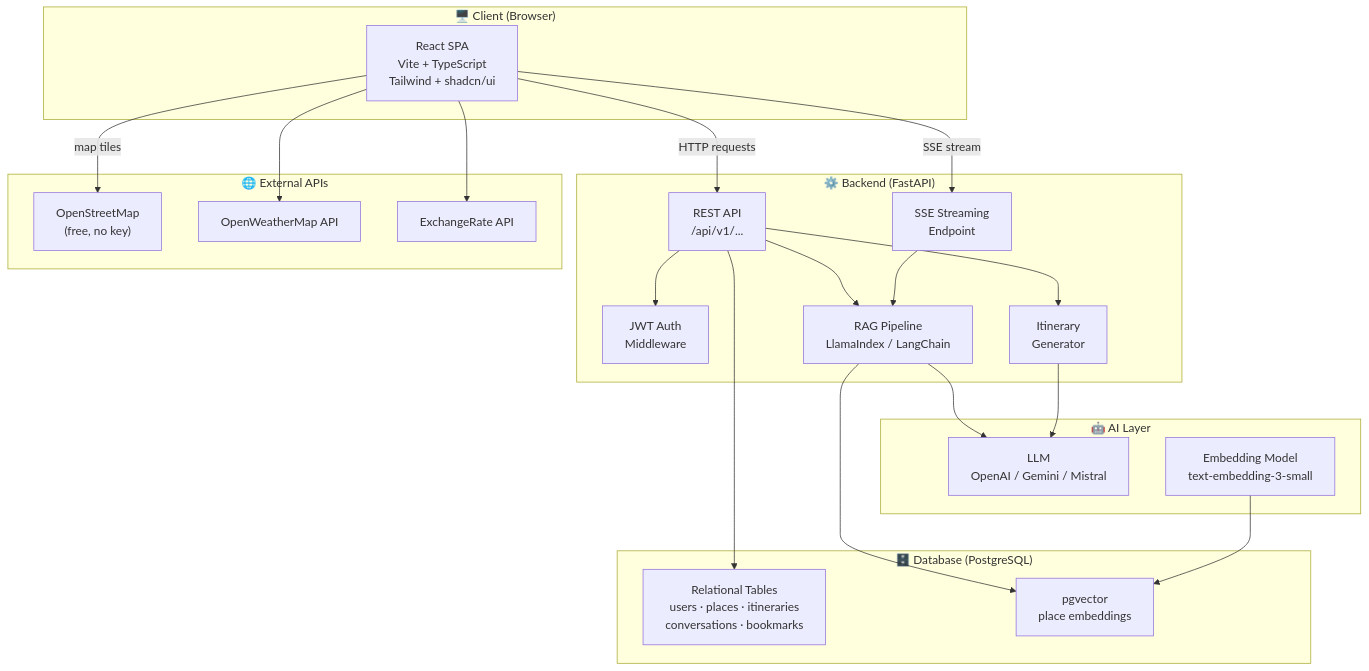
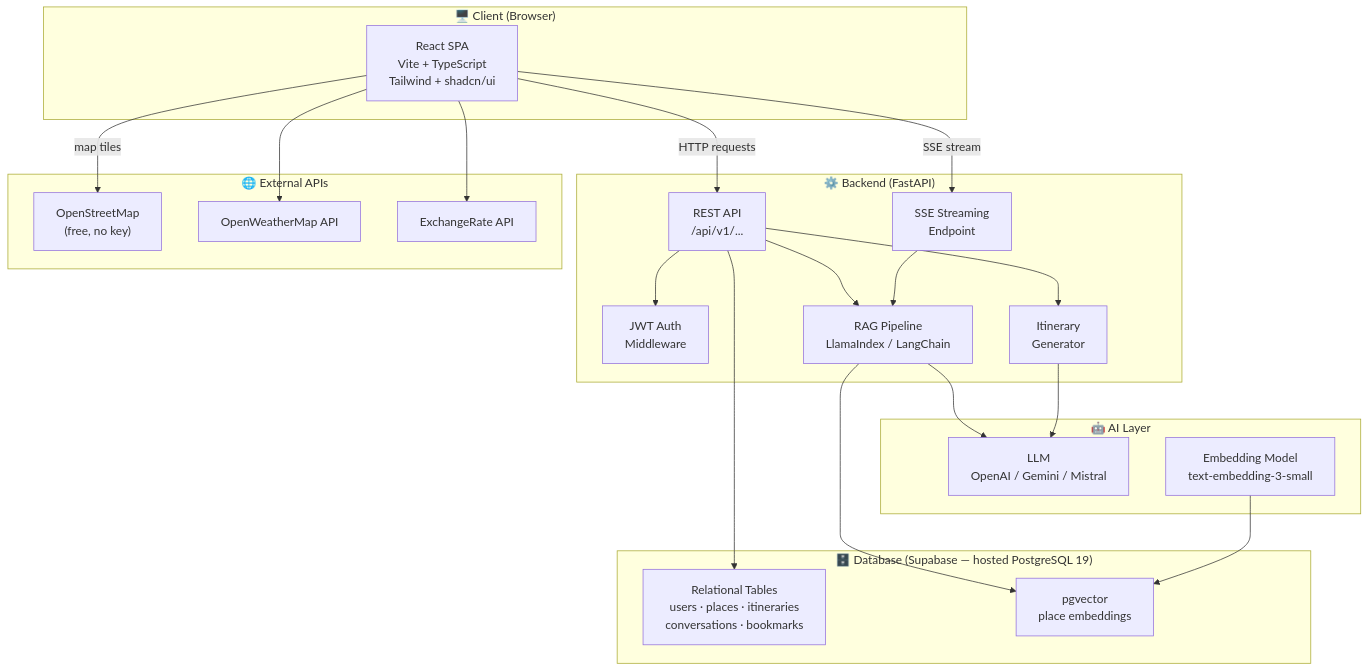
The first of 7 diagrams in docs/System_Design.md (trabelsiracem04/TuniVerse), drawn with Mermaid before and after one commit. The commit also changed other lines of this file and 9 other files, not shown here.

````diff
--- a/docs/System_Design.md
+++ b/docs/System_Design.md
@@ -7,45 +7,45 @@
 ```mermaid
 flowchart TD
     subgraph Client["🖥️ Client (Browser)"]
         UI["React SPA\nVite + TypeScript\nTailwind + shadcn/ui"]
     end
 
     subgraph Backend["⚙️ Backend (FastAPI)"]
         API["REST API\n/api/v1/..."]
         AUTH["JWT Auth\nMiddleware"]
         RAG["RAG Pipeline\nLlamaIndex / LangChain"]
         ITIN["Itinerary\nGenerator"]
         SSE["SSE Streaming\nEndpoint"]
     end
 
-    subgraph DB["🗄️ Database (PostgreSQL)"]
+    subgraph DB["🗄️ Database (Supabase — hosted PostgreSQL 19)"]
         PG["Relational Tables\nusers · places · itineraries\nconversations · bookmarks"]
         VEC["pgvector\nplace embeddings"]
     end
 
     subgraph AI["🤖 AI Layer"]
         LLM["LLM\nOpenAI / Gemini / Mistral"]
         EMB["Embedding Model\ntext-embedding-3-small"]
     end
 
     subgraph External["🌐 External APIs"]
         MAP["OpenStreetMap\n(free, no key)"]
         WEATHER["OpenWeatherMap API"]
         FX["ExchangeRate API"]
     end
 
     UI -->|HTTP requests| API
     UI -->|SSE stream| SSE
     UI -->|map tiles| MAP
     API --> AUTH
     API --> RAG
     API --> ITIN
     RAG --> VEC
     RAG --> LLM
     ITIN --> LLM
     SSE --> RAG
     API --> PG
     EMB --> VEC
     UI --> WEATHER
     UI --> FX
 ```
````
